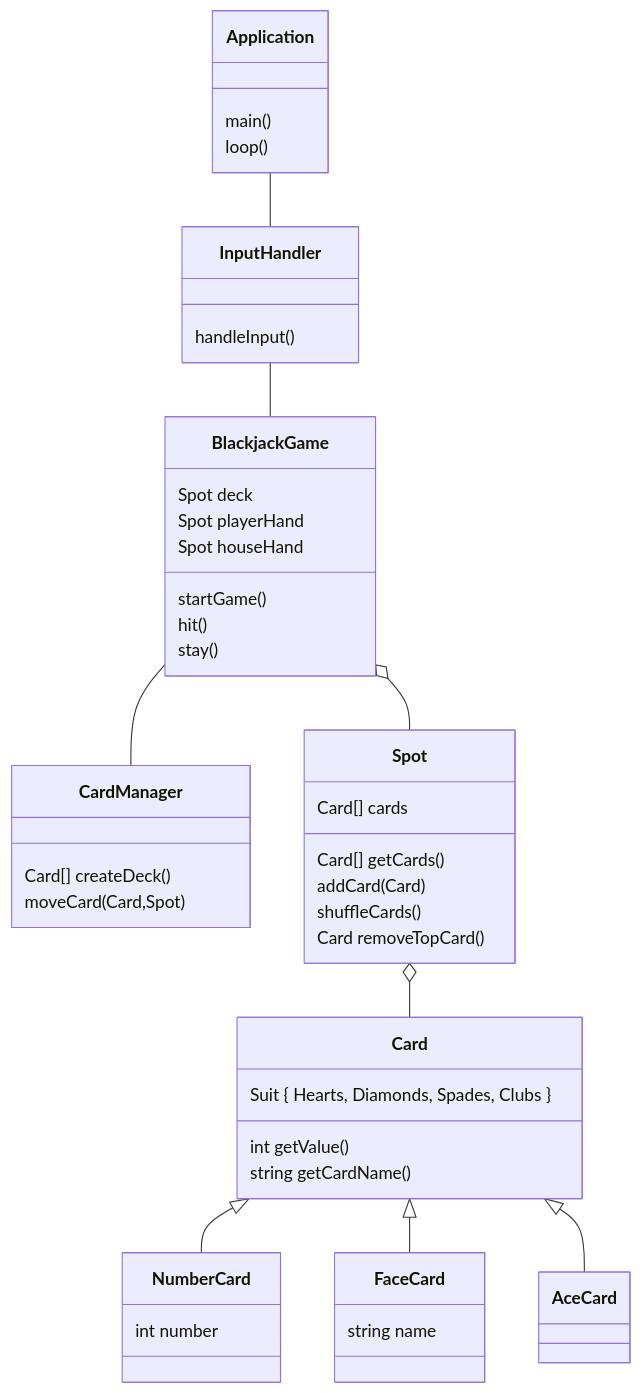
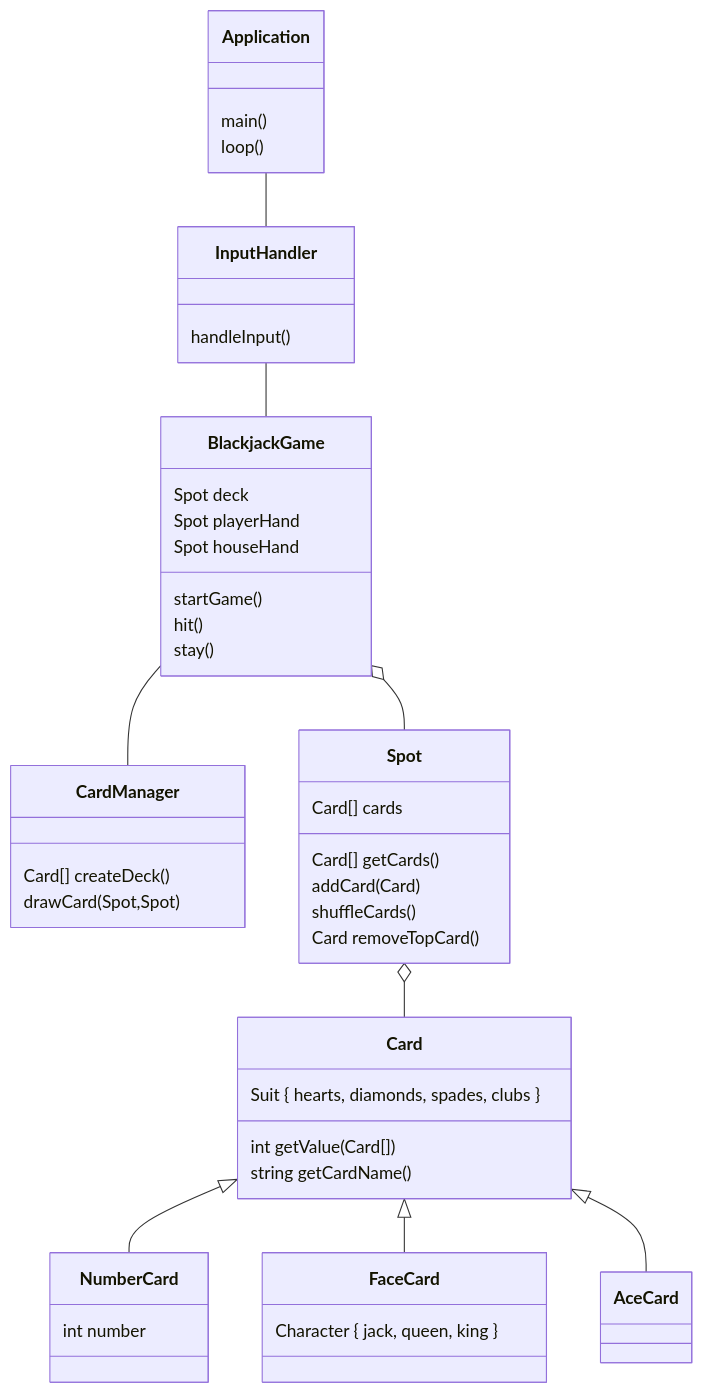
Before and after one commit to HTML-Earth/SpecialisterneBlackjack: the diagram in README.md, drawn with Mermaid.

Commit message:
update UML

````diff
--- a/README.md
+++ b/README.md
@@ -5,35 +5,35 @@
 ```mermaid
     classDiagram
     Application : main()
     Application : loop()
     Application -- InputHandler
     InputHandler : handleInput()
     InputHandler -- BlackjackGame
     BlackjackGame : Spot deck
     BlackjackGame : Spot playerHand
     BlackjackGame : Spot houseHand
     BlackjackGame : startGame()
     BlackjackGame : hit()
     BlackjackGame : stay()
     BlackjackGame -- CardManager
     CardManager : Card[] createDeck()
-    CardManager : moveCard(Card,Spot)
+    CardManager : drawCard(Spot,Spot)
     BlackjackGame o-- Spot
     Spot : Card[] cards
     Spot : Card[] getCards()
     Spot : addCard(Card)
     Spot : shuffleCards()
     Spot : Card removeTopCard()
     Spot o-- Card
-    Card : Suit { Hearts, Diamonds, Spades, Clubs }
-    Card : int getValue()
+    Card : Suit { hearts, diamonds, spades, clubs }
+    Card : int getValue(Card[])
     Card : string getCardName()
     Card <|-- NumberCard
     NumberCard : int number
     Card <|-- FaceCard
-    FaceCard : string name
+    FaceCard : Character { jack, queen, king }
     Card <|-- AceCard
 %%    C1 *--o C2
 %%    C3 <--> C4 : label
 %%    C3 ..* C5
 ```
````
